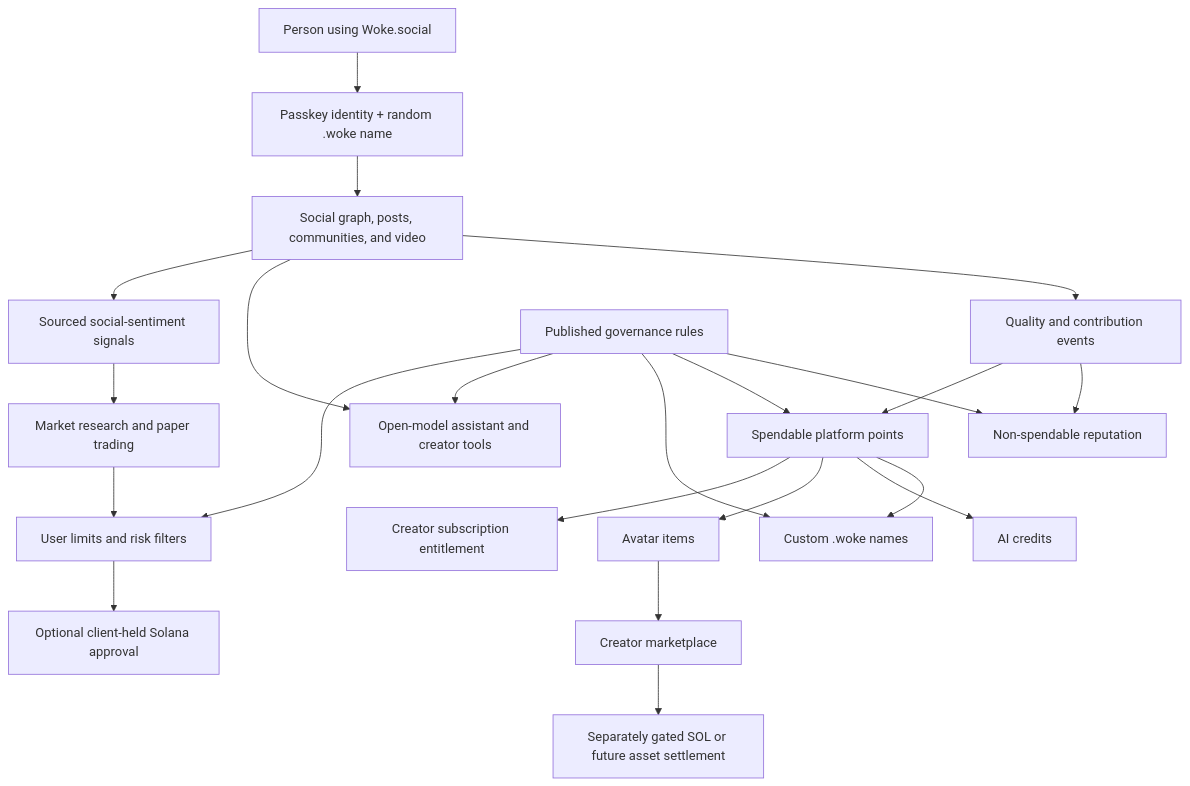
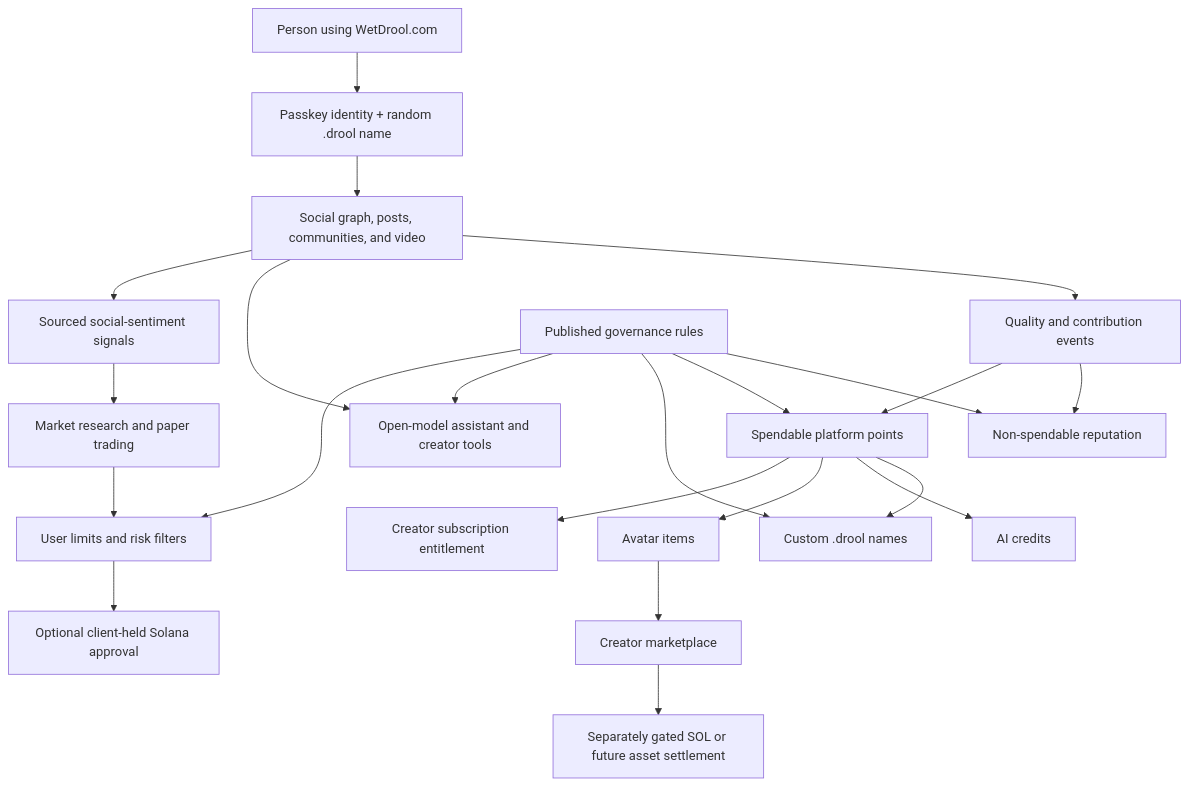
One commit to droolson/wetdrool changed the diagram in docs/PLATFORM_EXPANSION.md. Above: the diagram before and after it, drawn with Mermaid. The commit also changed other lines of this file and 588 other files, not shown here.

````diff
--- a/docs/PLATFORM_EXPANSION.md
+++ b/docs/PLATFORM_EXPANSION.md
@@ -33,24 +33,24 @@
 ```mermaid
 flowchart TD
-  Person["Person using Woke.social"] --> Identity["Passkey identity + random .woke name"]
+  Person["Person using WetDrool.com"] --> Identity["Passkey identity + random .drool name"]
   Identity --> Social["Social graph, posts, communities, and video"]
   Social --> Contribution["Quality and contribution events"]
   Contribution --> Reputation["Non-spendable reputation"]
   Contribution --> Points["Spendable platform points"]
-  Points --> Names["Custom .woke names"]
+  Points --> Names["Custom .drool names"]
   Points --> Credits["AI credits"]
   Points --> Avatars["Avatar items"]
   Points --> Subscription["Creator subscription entitlement"]
   Social --> AI["Open-model assistant and creator tools"]
   Social --> Signals["Sourced social-sentiment signals"]
   Signals --> Research["Market research and paper trading"]
   Research --> Risk["User limits and risk filters"]
   Risk --> Approval["Optional client-held Solana approval"]
   Avatars --> Marketplace["Creator marketplace"]
   Marketplace --> Settlement["Separately gated SOL or future asset settlement"]
   Governance["Published governance rules"] --> Reputation
   Governance --> Points
   Governance --> Names
   Governance --> AI
   Governance --> Risk
 ```
````
